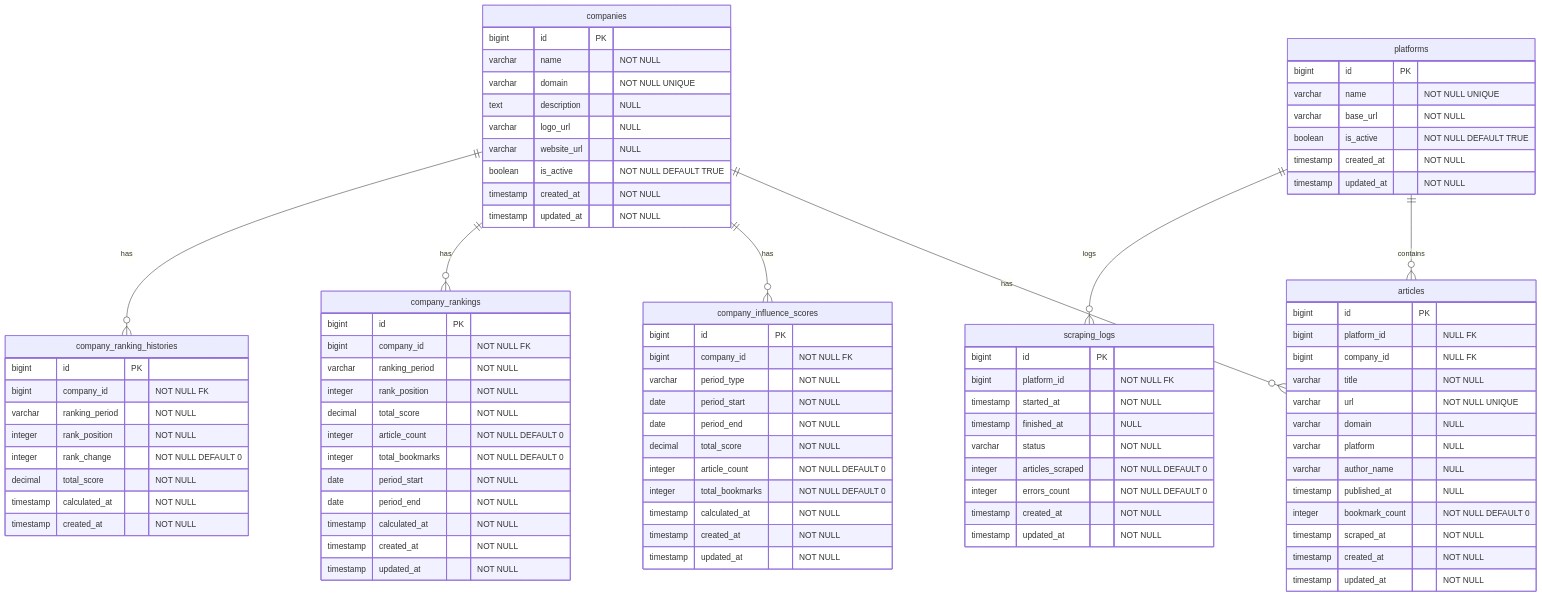
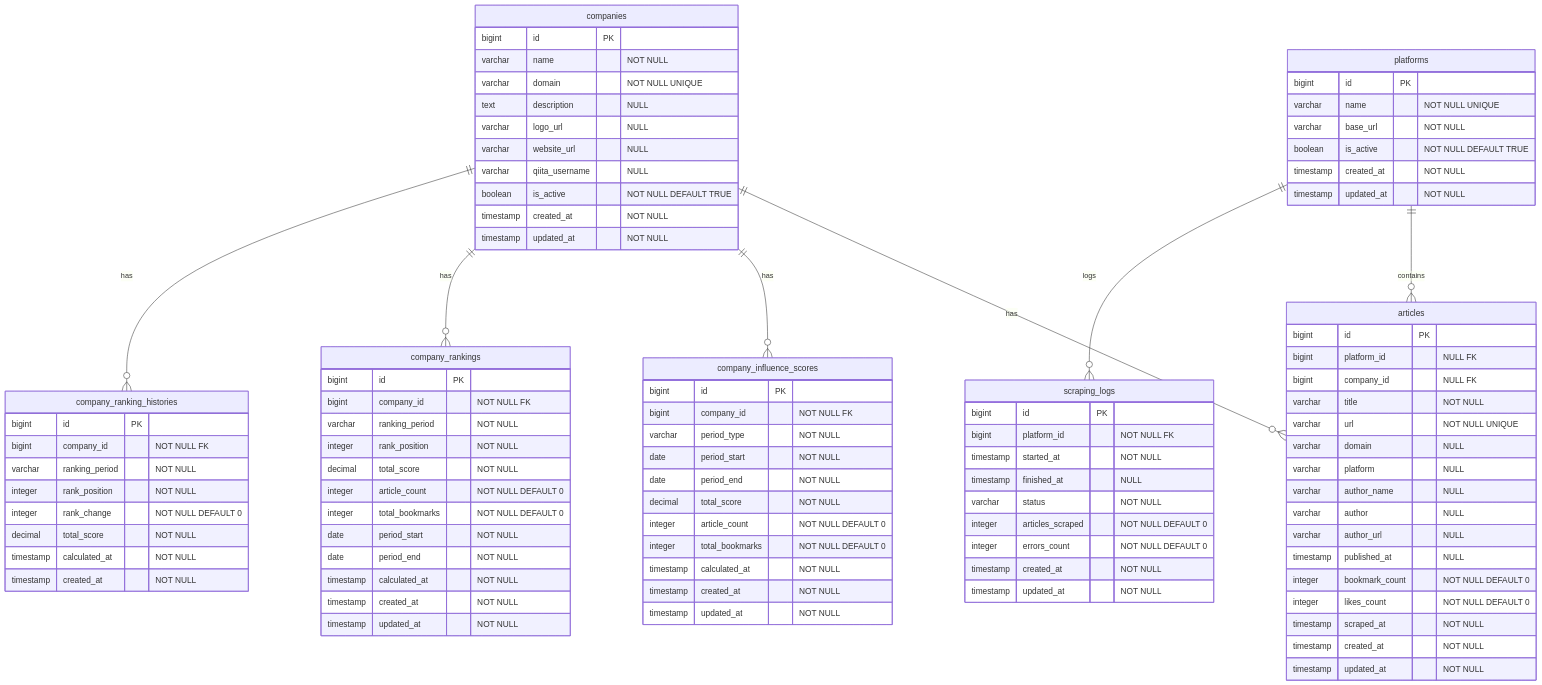
One commit to rfdnxbro/trends-laravel changed the diagram in docs/wiki/データベース設計.md. Above: the diagram before and after it, drawn with Mermaid. The commit also changed other lines of this file and 7 other files, not shown here.

```diff
--- a/docs/wiki/データベース設計.md
+++ b/docs/wiki/データベース設計.md
@@ -156,6 +160,7 @@
         text description "NULL"
         varchar logo_url "NULL"
         varchar website_url "NULL"
+        varchar qiita_username "NULL"
         boolean is_active "NOT NULL DEFAULT TRUE"
         timestamp created_at "NOT NULL"
         timestamp updated_at "NOT NULL"
@@ -179,8 +184,11 @@
         varchar domain "NULL"
         varchar platform "NULL"
         varchar author_name "NULL"
+        varchar author "NULL"
+        varchar author_url "NULL"
         timestamp published_at "NULL"
         integer bookmark_count "NOT NULL DEFAULT 0"
+        integer likes_count "NOT NULL DEFAULT 0"
         timestamp scraped_at "NOT NULL"
         timestamp created_at "NOT NULL"
         timestamp updated_at "NOT NULL"
```
